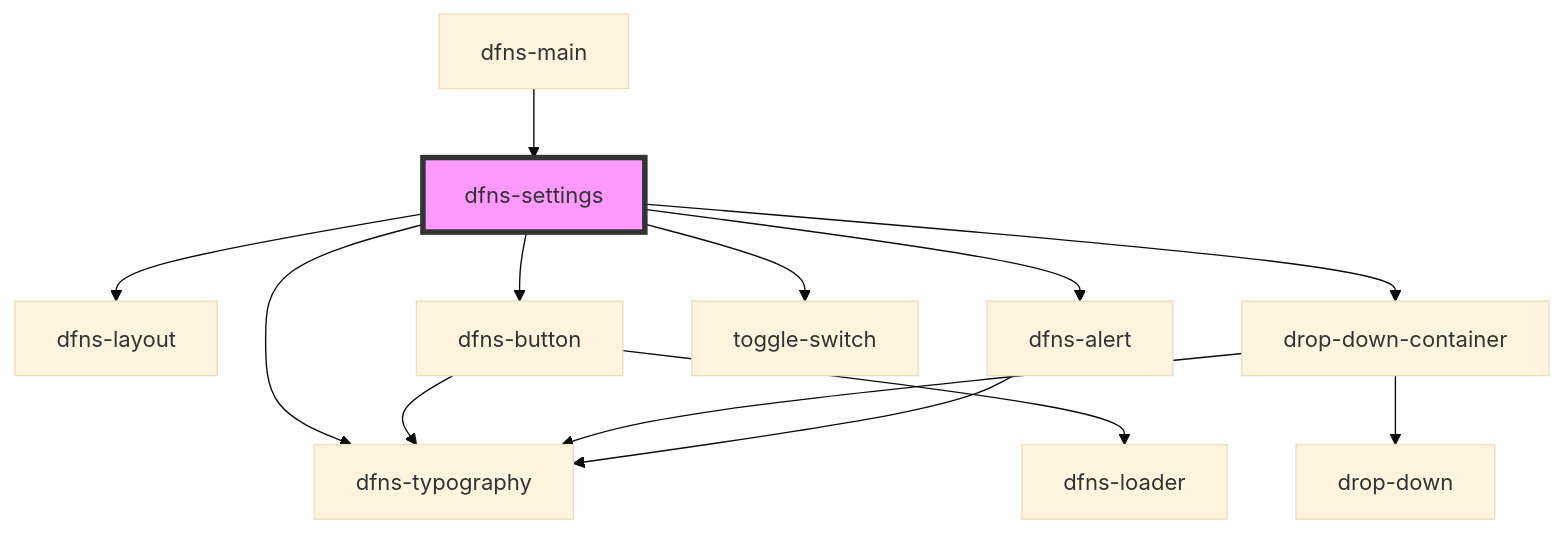
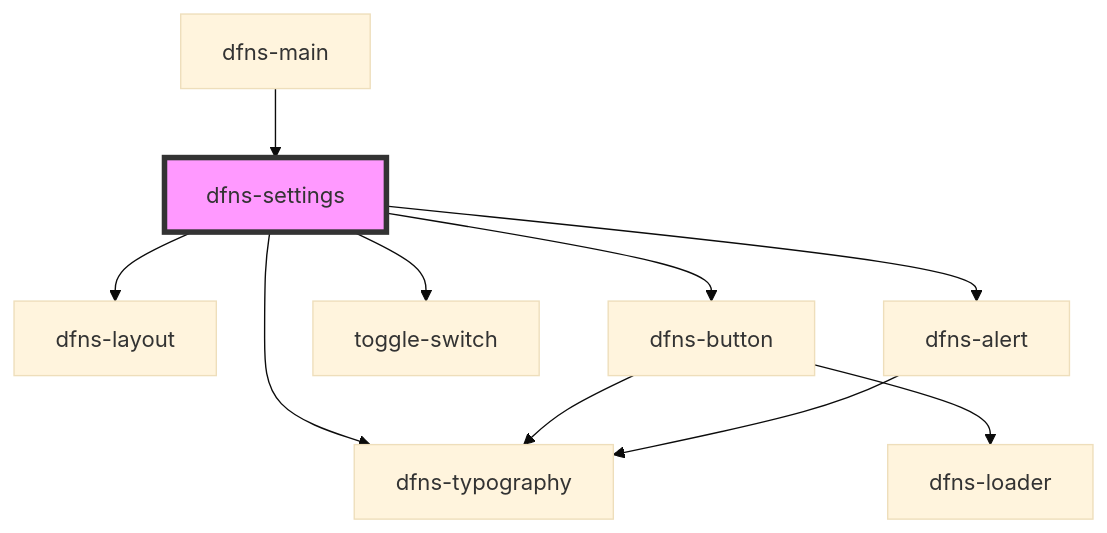
The diagram in src/components/Pages/dfns-settings/readme.md (dfnsext/web-ui), drawn with Mermaid (base theme) before and after one commit. The commit also changed other lines of this file and 22 other files, not shown here.

````diff
--- a/src/components/Pages/dfns-settings/readme.md
+++ b/src/components/Pages/dfns-settings/readme.md
@@ -38,16 +37,13 @@
 ```mermaid
 graph TD;
   dfns-settings --> dfns-layout
   dfns-settings --> dfns-typography
   dfns-settings --> dfns-button
-  dfns-settings --> drop-down-container
   dfns-settings --> toggle-switch
   dfns-settings --> dfns-alert
   dfns-button --> dfns-typography
   dfns-button --> dfns-loader
-  drop-down-container --> drop-down
-  drop-down-container --> dfns-typography
   dfns-alert --> dfns-typography
   dfns-main --> dfns-settings
   style dfns-settings fill:#f9f,stroke:#333,stroke-width:4px
 ```
````
